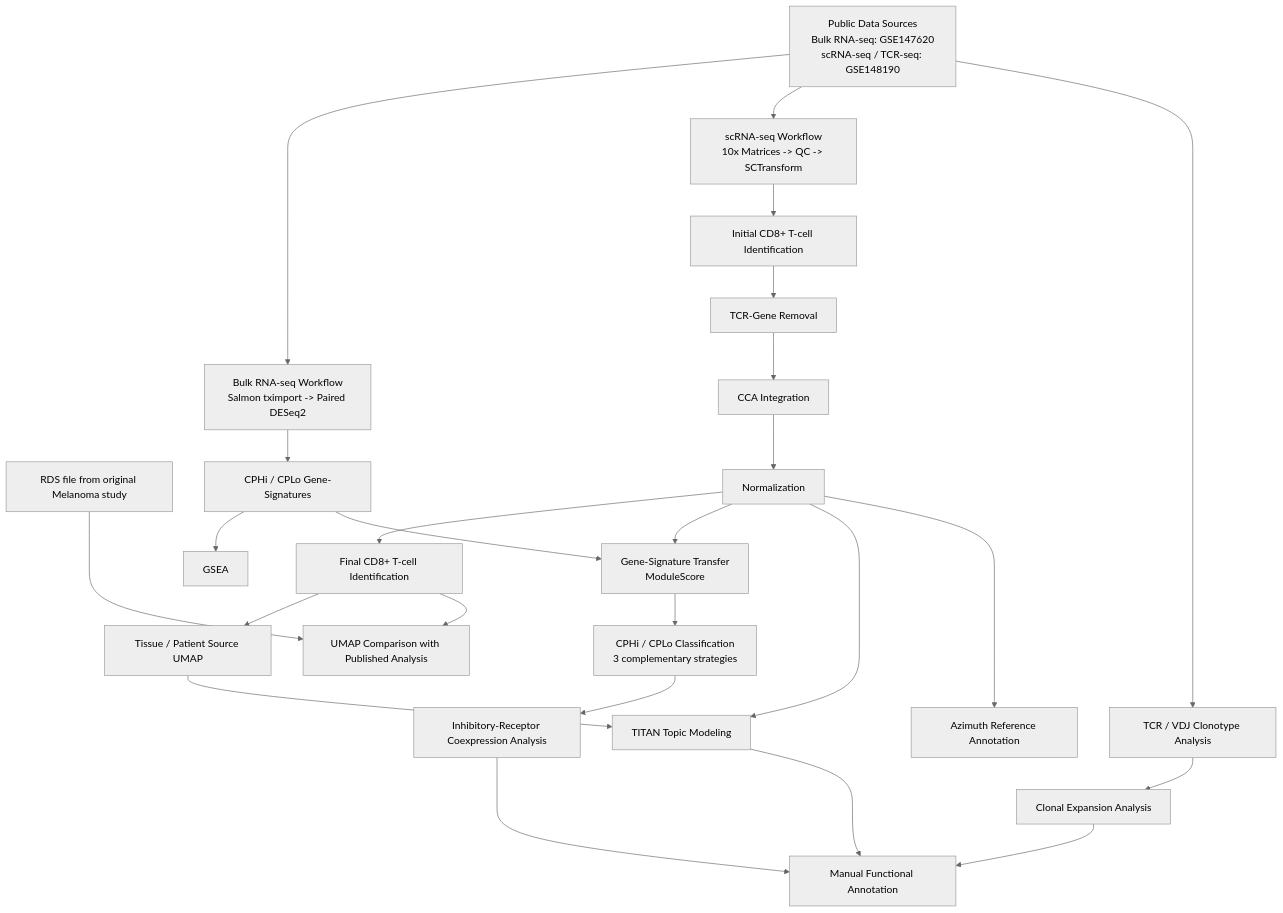
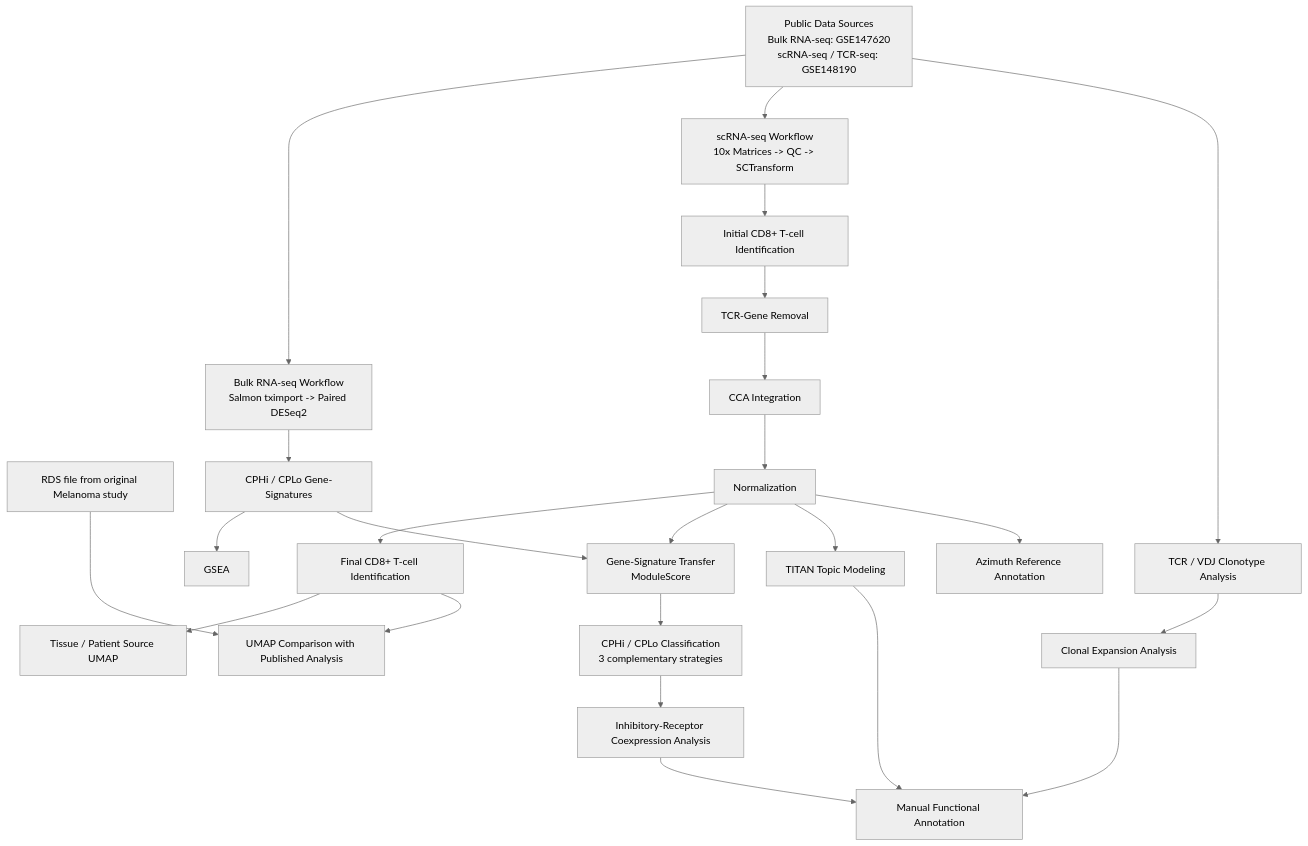
The diagram in README.md (georgsommer-ai/Multi-Modal-CD8-T-cell-Heterogeneity-Analysis-in-Melanoma-Immunotherapy), drawn with Mermaid (neutral theme) before and after one commit.

````diff
--- a/README.md
+++ b/README.md
@@ -158,40 +158,39 @@
 ```mermaid
 flowchart TD
 
     A[Public Data Sources<br/>Bulk RNA-seq: GSE147620<br/>scRNA-seq / TCR-seq: GSE148190]
     R[RDS file from original Melanoma study]
 
     A --> B1[Bulk RNA-seq Workflow<br/>Salmon tximport -> Paired DESeq2]
     B1 --> B2[CPHi / CPLo Gene-Signatures]
     B2 --> B3[GSEA]
 
     A --> C1[scRNA-seq Workflow<br/>10x Matrices -> QC -> SCTransform]
     C1 --> C2[Initial CD8+ T-cell Identification]
     C2 --> C3[TCR-Gene Removal]
     C3 --> C4[CCA Integration]
     C4 --> C5[Normalization]
     C5 --> C6[Final CD8+ T-cell Identification]
     C6 --> C7[Tissue / Patient Source UMAP]
     C6 --> C8[UMAP Comparison with Published Analysis]
     R ---> C8
 
     B2 --> D1[Gene-Signature Transfer<br/>ModuleScore]
     C5 --> D1
     D1 --> D2[CPHi / CPLo Classification<br/>3 complementary strategies]
     D2 --> D3[Inhibitory-Receptor Coexpression Analysis]
 
     A --> E1[TCR / VDJ Clonotype Analysis]
     C5 --> F1[TITAN Topic Modeling]
     C5 --> K1[Azimuth Reference Annotation]
-    C7 --> F1
-
+    
     E1 --> E2[Clonal Expansion Analysis]
 
     F1 ~~~ E2
     K1 ~~~ E2
 
     F1 --> G[Manual Functional Annotation]
     E2 --> G
     D3 --> G
 
 ```
````
